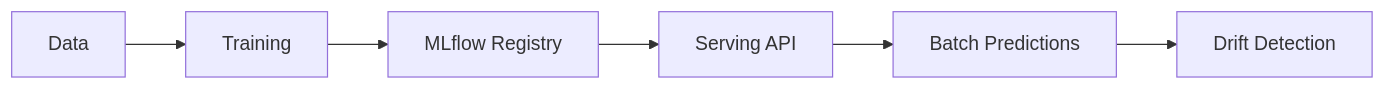
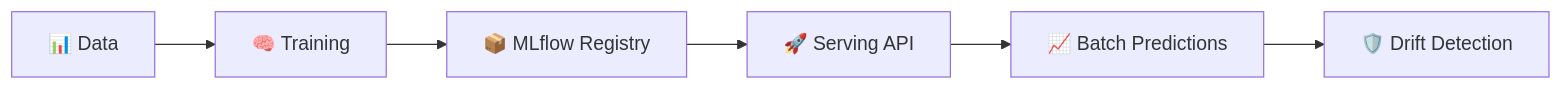
The first of 2 diagrams in README.md (JDede1/loan_default_prediction), drawn with Mermaid before and after one commit. The commit also changed other lines of this file, not shown here.

````diff
--- a/README.md
+++ b/README.md
@@ -48,8 +45,8 @@
 ```mermaid
 flowchart LR
-    D[Data] --> T[Training]
-    T --> R[MLflow Registry]
-    R --> S[Serving API]
-    S --> P[Batch Predictions]
-    P --> M[Drift Detection]
+    D[📊 Data] --> T[🧠 Training]
+    T --> R[📦 MLflow Registry]
+    R --> S[🚀 Serving API]
+    S --> P[📈 Batch Predictions]
+    P --> M[🛡️ Drift Detection]
 ```
````
